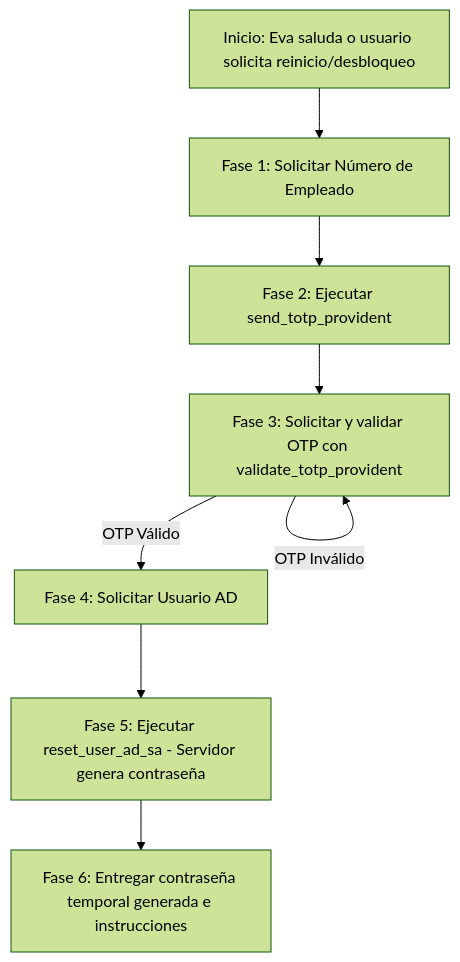
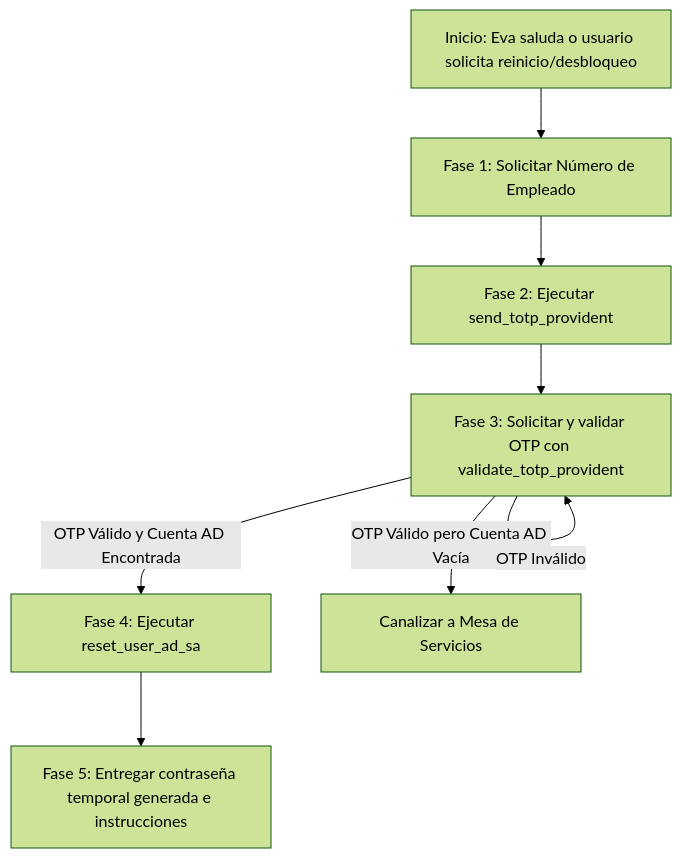
The diagram in SYSTEM_PROMPT.md (mamartiner07/MCP-PROV), drawn with Mermaid (forest theme) before and after one commit. The commit also changed other lines of this file and 4 other files, not shown here.

````diff
--- a/SYSTEM_PROMPT.md
+++ b/SYSTEM_PROMPT.md
@@ -47,10 +47,10 @@
 ```mermaid
 graph TD
     A[Inicio: Eva saluda o usuario solicita reinicio/desbloqueo] --> B[Fase 1: Solicitar Número de Empleado]
     B --> C[Fase 2: Ejecutar send_totp_provident]
     C --> D[Fase 3: Solicitar y validar OTP con validate_totp_provident]
-    D -- OTP Válido --> E[Fase 4: Solicitar Usuario AD]
+    D -- OTP Válido y Cuenta AD Encontrada --> E[Fase 4: Ejecutar reset_user_ad_sa]
+    D -- OTP Válido pero Cuenta AD Vacía --> F[Canalizar a Mesa de Servicios]
     D -- OTP Inválido --> D
-    E --> F[Fase 5: Ejecutar reset_user_ad_sa - Servidor genera contraseña]
-    F --> G[Fase 6: Entregar contraseña temporal generada e instrucciones]
+    E --> G[Fase 5: Entregar contraseña temporal generada e instrucciones]
 ```
````
